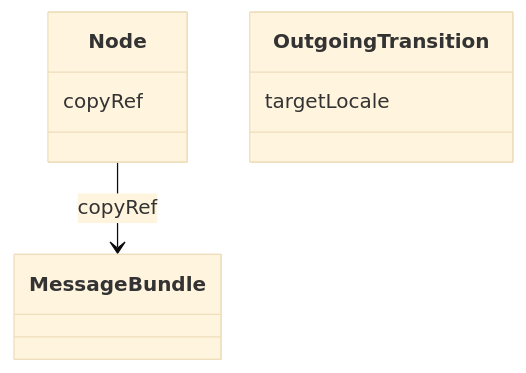
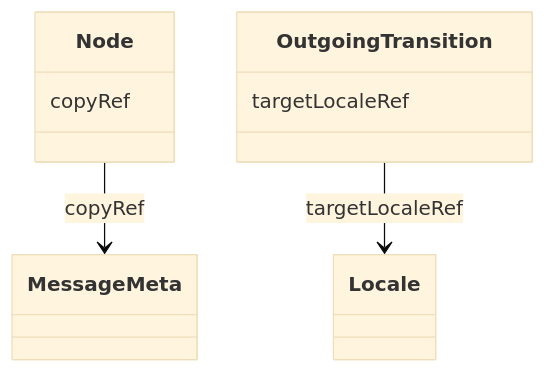
One commit to openuji/spec-ujg changed the fourth of 4 diagrams in specs/ed/modules/l10n/index.md. Above: the diagram before and after it, drawn with Mermaid (base theme). The commit also changed other lines of this file and 53 other files, not shown here.

````diff
--- a/specs/ed/modules/l10n/index.md
+++ b/specs/ed/modules/l10n/index.md
@@ -108,11 +112,13 @@
 ```mermaid
 classDiagram
   class Node {
     copyRef
   }
-  class MessageBundle
+  class MessageMeta
+  class Locale
   class OutgoingTransition {
-    targetLocale
+    targetLocaleRef
   }
-  Node --> MessageBundle : copyRef
+  Node --> MessageMeta : copyRef
+  OutgoingTransition --> Locale : targetLocaleRef
 ```
````
